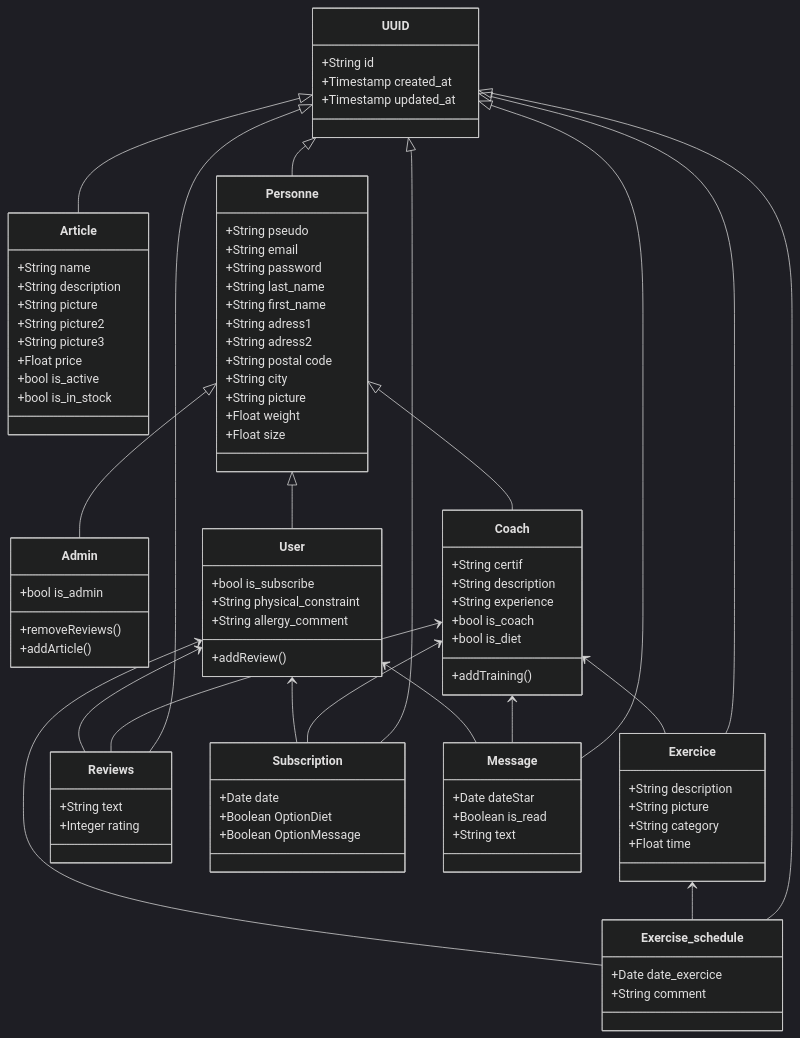
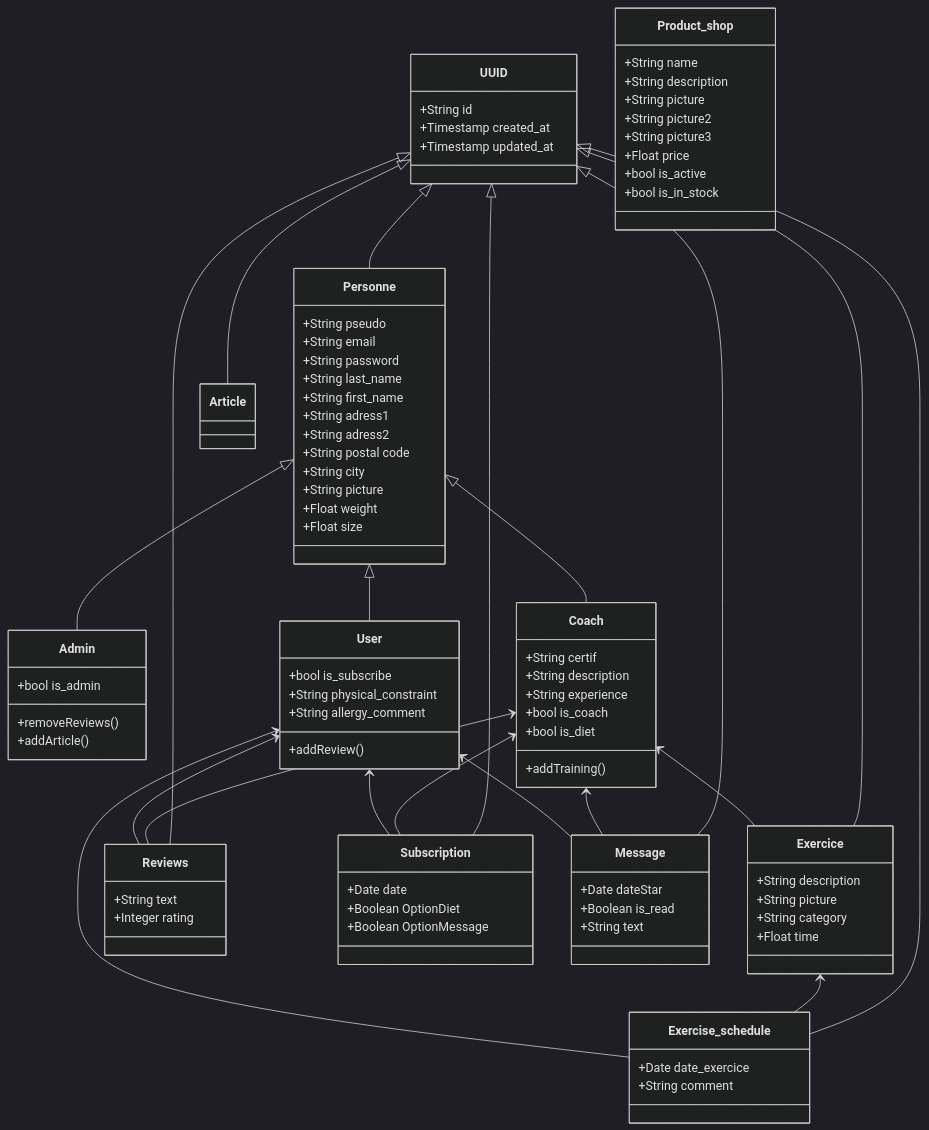
Before and after one commit to Genia888/FitnessHub: the diagram in Documentation/class_diagram.md, drawn with Mermaid (dark theme).

Commit message:
Rename class 'Article' to 'Product_shop' in class diagram for consistency

```diff
--- a/Documentation/class_diagram.md
+++ b/Documentation/class_diagram.md
@@ -9,7 +9,7 @@
 		+Timestamp updated_at
 	}
 
-    class Article {
+    class Product_shop {
       +String name
       +String description
       +String picture
```
